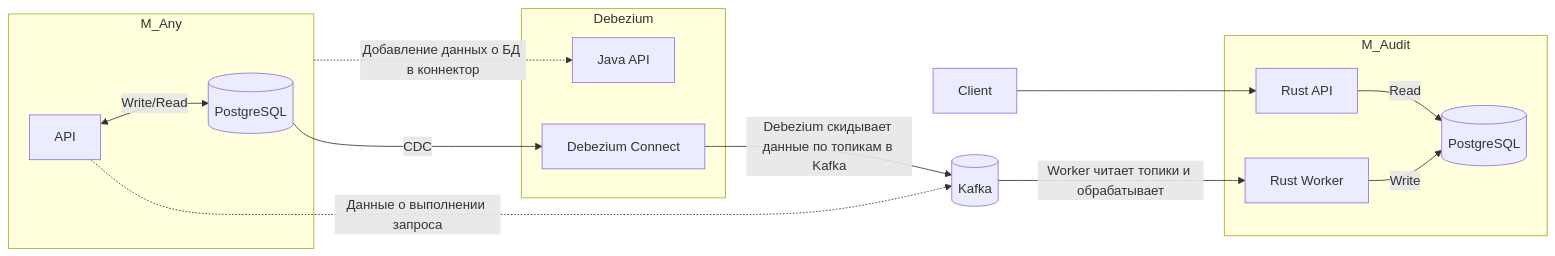
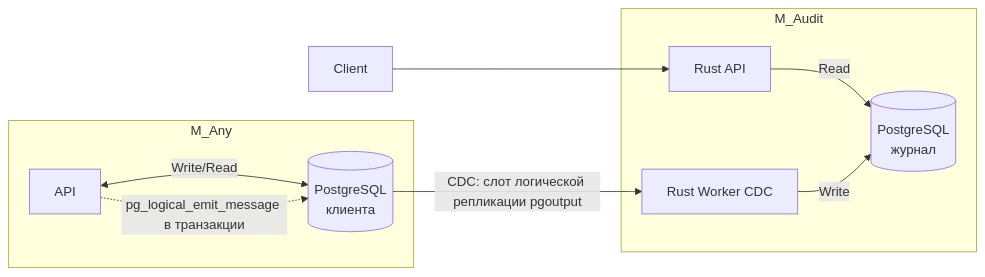
Before and after one commit to stalexsm/pg-audit-trail: the diagram in README.md, drawn with Mermaid. The commit also changed other lines of this file and 30 other files, not shown here.

First line of the commit message:
feat: точка невозврата CDC — удаление Kafka/Redis/Debezium и легаси-крейтов (#11) (#21)

````diff
--- a/README.md
+++ b/README.md
@@ -117,41 +105,30 @@
 ```mermaid
 flowchart LR
 
 Client[Client]
 
-subgraph Debezium
-  Api_D["Java API"]
-  D["Debezium Connect"]
-end
-
 subgraph M_Audit
-  W["Rust Worker"]
+  W["Rust Worker CDC"]
   A["Rust API"]
-  PG[(PostgreSQL)]
+  PG[(PostgreSQL<br>журнал)]
 end
 
 subgraph M_Any
-  PG_ANY[(PostgreSQL)]
+  PG_ANY[(PostgreSQL<br>клиента)]
   A_Any["API"]
 end
-
-K[(Kafka)]
 
 %% Client interaction
 Client --> A
 
 %% M_Audit internal
 A -->|Read| PG
 W -->|Write| PG
 
 %% M_Any internal
 A_Any <--> |Write/Read| PG_ANY
 
 %% Cross-system flows
-M_Any -.->|Добавление данных о БД в коннектор| Api_D
-PG_ANY -->|CDC| D
-D -->|Debezium скидывает данные по топикам в Kafka| K
-
-K -->|Worker читает топики и обрабатывает| W
-A_Any -.->|Данные о выполнении запроса| K
+A_Any -.->|pg_logical_emit_message в транзакции| PG_ANY
+PG_ANY -->|CDC: слот логической репликации pgoutput| W
 ```
````
